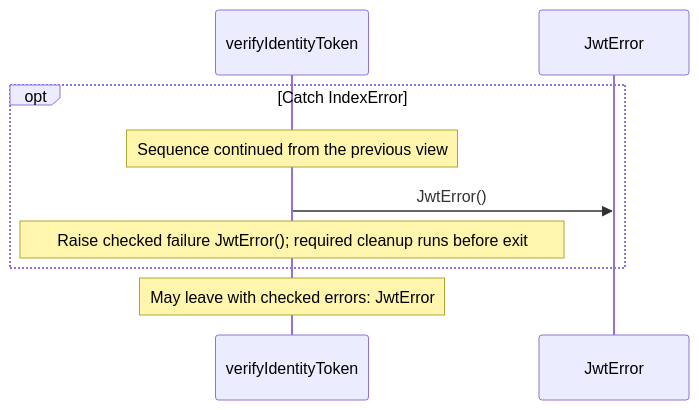
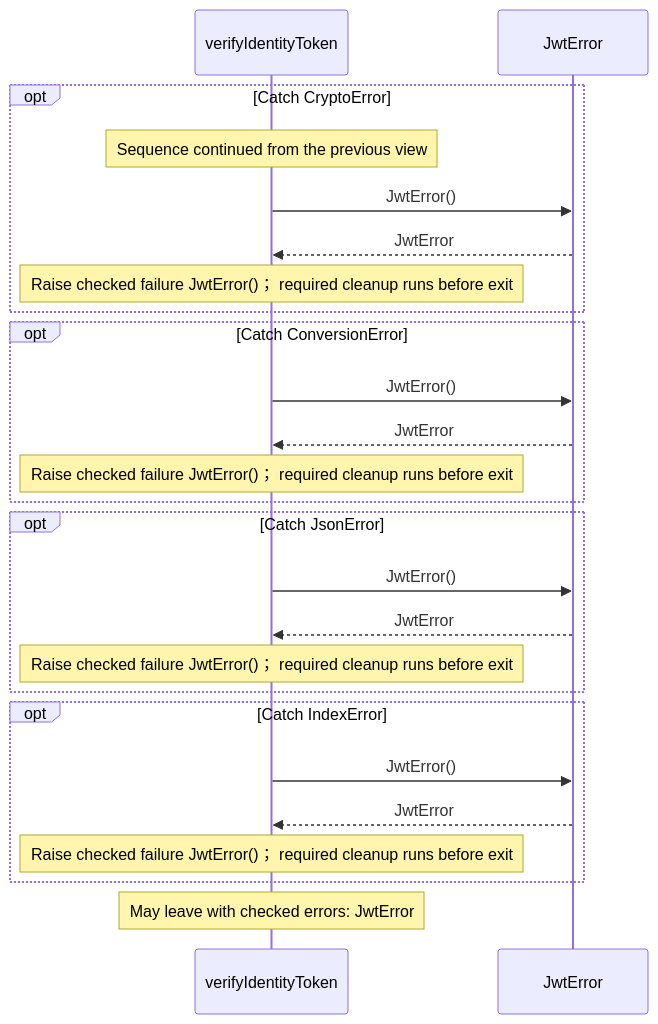
Before and after one commit to GreenPandaStudios/augscript: diagram 13 of 14 in src/stdlib/crypto/jose.aug.diagrams.md, drawn with Mermaid. The commit also changed other lines of this file and 524 other files, not shown here.

Commit message:
Explain checked data flow at folder and service levels

````diff
--- a/src/stdlib/crypto/jose.aug.diagrams.md
+++ b/src/stdlib/crypto/jose.aug.diagrams.md
@@ -546,11 +552,27 @@
 ```mermaid
 sequenceDiagram
     participant p0 as verifyIdentityToken
     participant p1 as JwtError
-    opt Catch IndexError
+    opt Catch CryptoError
     Note over p0: Sequence continued from the previous view
     p0->>p1: JwtError()
-    Note over p0: Raise checked failure JwtError()#59; required cleanup runs before exit
+    p1-->>p0: JwtError
+    Note over p0: Raise checked failure JwtError()； required cleanup runs before exit
+    end
+    opt Catch ConversionError
+    p0->>p1: JwtError()
+    p1-->>p0: JwtError
+    Note over p0: Raise checked failure JwtError()； required cleanup runs before exit
+    end
+    opt Catch JsonError
+    p0->>p1: JwtError()
+    p1-->>p0: JwtError
+    Note over p0: Raise checked failure JwtError()； required cleanup runs before exit
+    end
+    opt Catch IndexError
+    p0->>p1: JwtError()
+    p1-->>p0: JwtError
+    Note over p0: Raise checked failure JwtError()； required cleanup runs before exit
     end
     Note over p0: May leave with checked errors: JwtError
 ```
````
